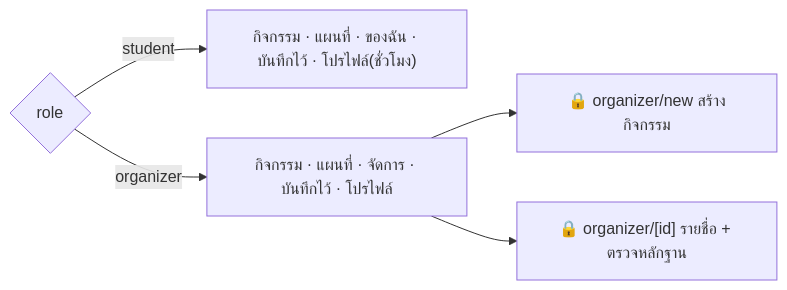
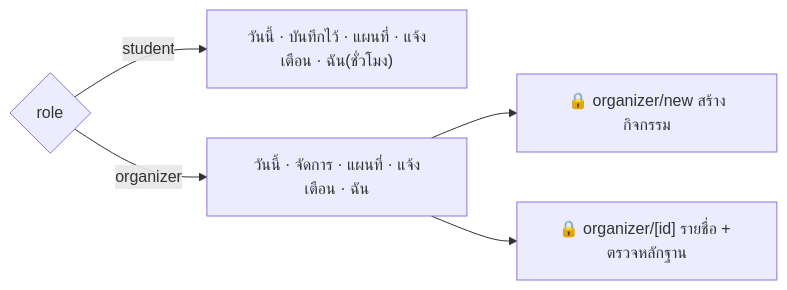
Before and after one commit to phop01/Hybrid_Mobile_Assignment: the tenth of 10 diagrams in docs/DIAGRAMS.md, drawn with Mermaid. The commit also changed other lines of this file and 69 other files, not shown here.

````diff
--- a/docs/DIAGRAMS.md
+++ b/docs/DIAGRAMS.md
@@ -174,7 +174,7 @@
 ```mermaid
 flowchart LR
-  Login{"role"} -->|student| ST["กิจกรรม · แผนที่ · ของฉัน · บันทึกไว้ · โปรไฟล์(ชั่วโมง)"]
-  Login -->|organizer| OR["กิจกรรม · แผนที่ · จัดการ · บันทึกไว้ · โปรไฟล์"]
+  Login{"role"} -->|student| ST["วันนี้ · บันทึกไว้ · แผนที่ · แจ้งเตือน · ฉัน(ชั่วโมง)"]
+  Login -->|organizer| OR["วันนี้ · จัดการ · แผนที่ · แจ้งเตือน · ฉัน"]
   OR --> N["🔒 organizer/new สร้างกิจกรรม"]
   OR --> R["🔒 organizer/[id] รายชื่อ + ตรวจหลักฐาน"]
 ```
````
